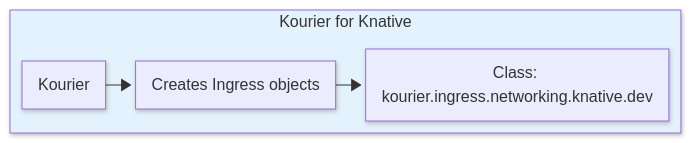
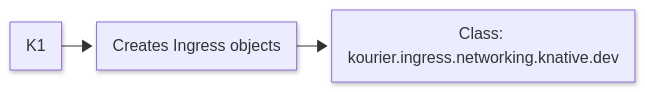
The first of 4 diagrams in docs/versioned/serving/config-network-adapters.md (knative/docs), drawn with Mermaid before and after one commit. The commit also changed other lines of this file, not shown here.

````diff
--- a/docs/versioned/serving/config-network-adapters.md
+++ b/docs/versioned/serving/config-network-adapters.md
@@ -44,17 +44,13 @@
     ```mermaid
     ---
     config:
       theme: default
       layout: elk
       look: neo
     ---
     flowchart LR
-     subgraph Kourier["Kourier for Knative"]
-            K2["Creates Ingress objects"]
-            K1["Kourier"]
-            K3["Class: kourier.ingress.networking.knative.dev"]
-      end
-        K1 --> K2
-        K2 --> K3
-        style Kourier fill:#e3f2fd
+    K2["Creates Ingress objects"]
+    K3["Class: kourier.ingress.networking.knative.dev"]
+    K1 --> K2
+    K2 --> K3
     ```
````
